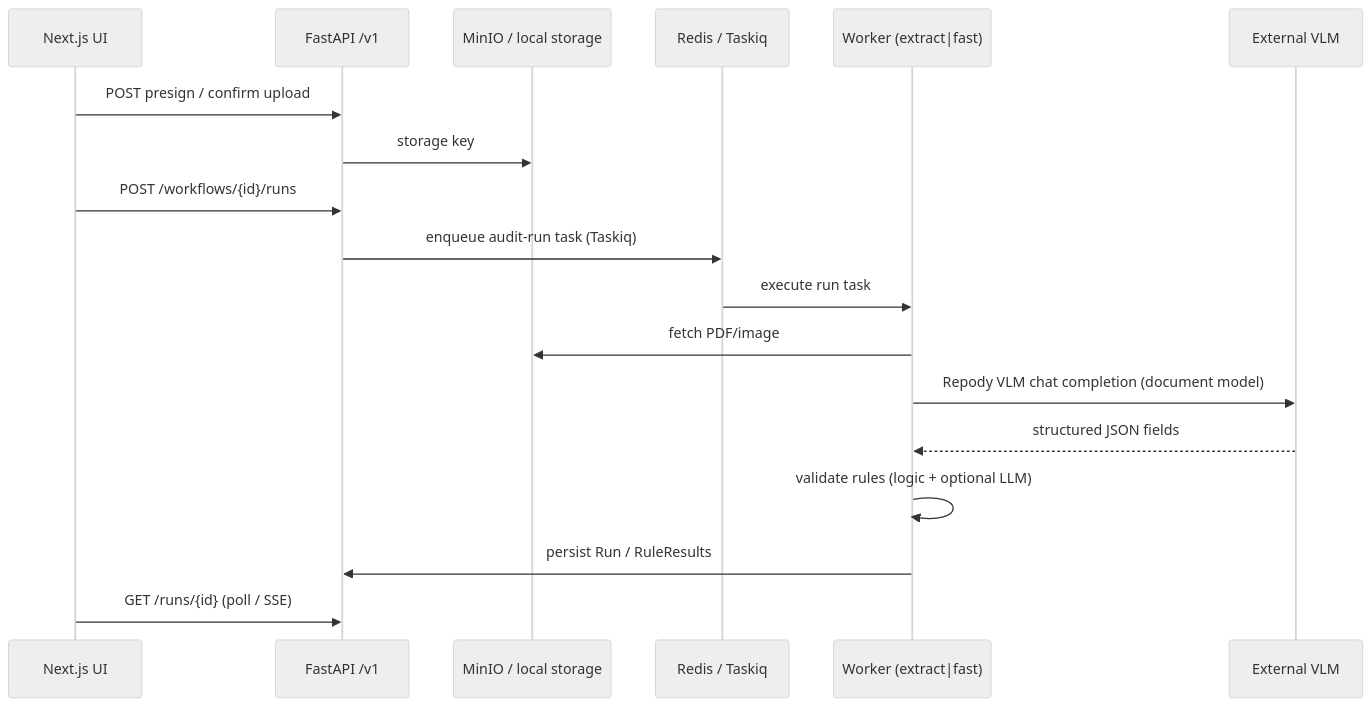
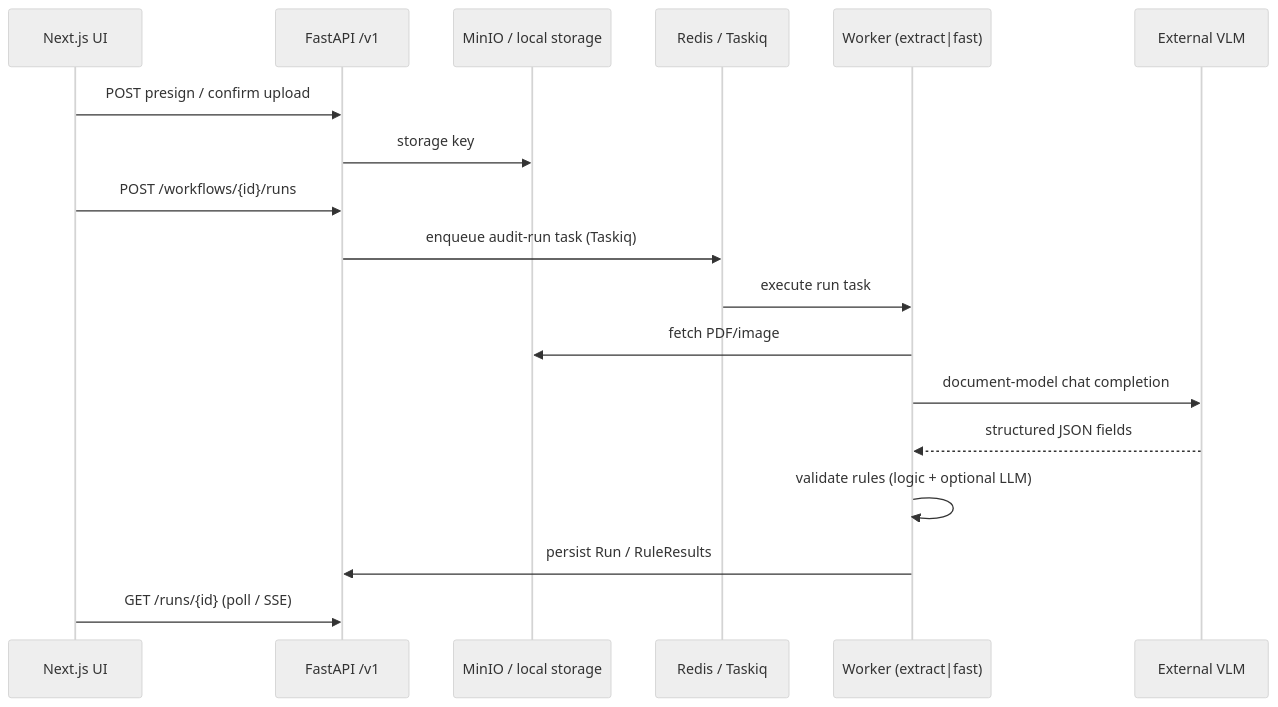
One commit to MehdiGououiad/repody changed the diagram in CONTEXT.md. Above: the diagram before and after it, drawn with Mermaid (neutral theme). The commit also changed other lines of this file and 100 other files, not shown here.

First line of the commit message:
docs: consolidate guides, add Mac runtime kit and architecture dossier

````diff
--- a/CONTEXT.md
+++ b/CONTEXT.md
@@ -35,21 +36,21 @@
 ```mermaid
 sequenceDiagram
   participant UI as Next.js UI
   participant API as FastAPI /v1
   participant Store as MinIO / local storage
   participant Q as Redis / Taskiq
   participant W as Worker (extract|fast)
   participant Inf as External VLM
 
   UI->>API: POST presign / confirm upload
   API->>Store: storage key
   UI->>API: POST /workflows/{id}/runs
   API->>Q: enqueue audit-run task (Taskiq)
   Q->>W: execute run task
   W->>Store: fetch PDF/image
-  W->>Inf: Repody VLM chat completion (document model)
+  W->>Inf: document-model chat completion
   Inf-->>W: structured JSON fields
   W->>W: validate rules (logic + optional LLM)
   W->>API: persist Run / RuleResults
   UI->>API: GET /runs/{id} (poll / SSE)
 ```
````
